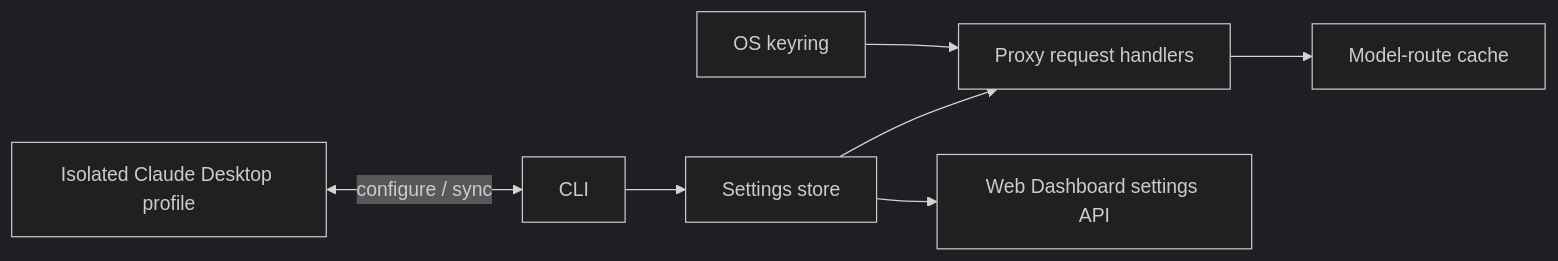
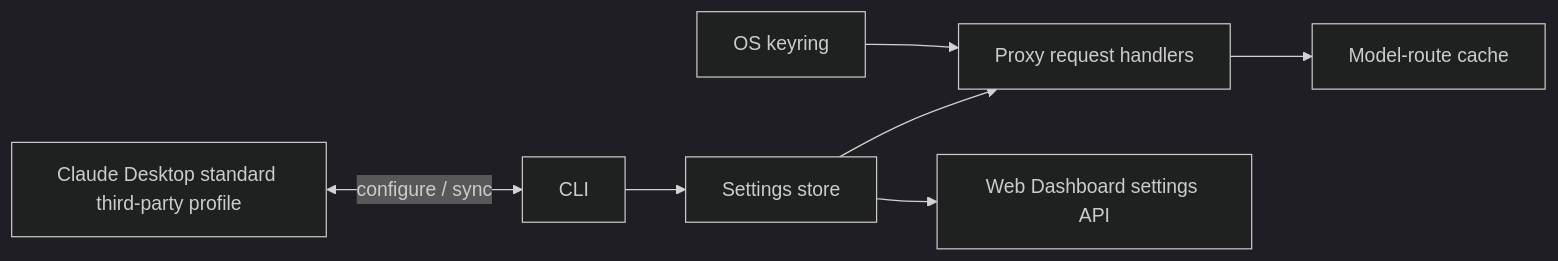
The fifth of 5 diagrams in docs/ARCHITECTURE.md (mushroomTW/FreeClaudeDesktop), drawn with Mermaid (dark theme) before and after one commit. The commit also changed other lines of this file and 25 other files, not shown here.

````diff
--- a/docs/ARCHITECTURE.md
+++ b/docs/ARCHITECTURE.md
@@ -80,9 +82,9 @@
 ```mermaid
 flowchart LR
     SETTINGS["Settings store"] --> PROXY["Proxy request handlers"]
     SETTINGS --> Dashboard["Web Dashboard settings API"]
     KEYRING["OS keyring"] --> PROXY
-    PROFILE["Isolated Claude Desktop profile"] <-->|"configure / sync"| CLI["CLI"]
+    PROFILE["Claude Desktop standard third-party profile"] <-->|"configure / sync"| CLI["CLI"]
     CLI --> SETTINGS
     PROXY --> CACHE["Model-route cache"]
 ```
````
